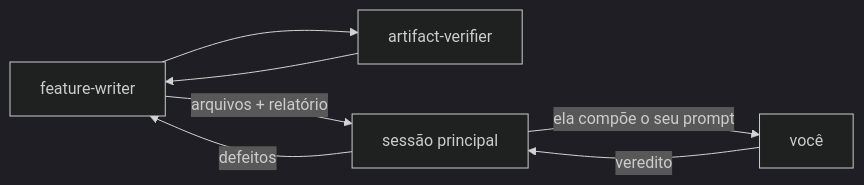
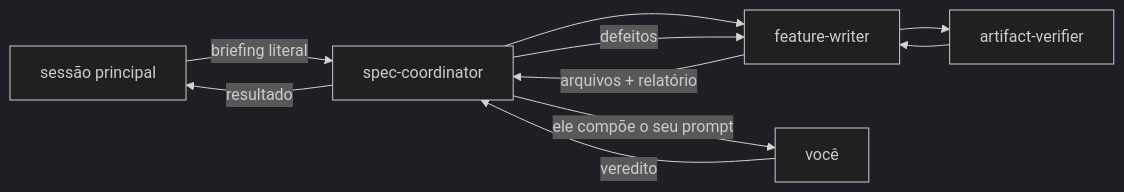
Before and after one commit to da0hn/distributed-systems-experiment-lab: the diagram in .claude/agents/feature-reviewer.md, drawn with Mermaid (dark theme). The commit also changed other lines of this file and 4 other files, not shown here.

````diff
--- a/.claude/agents/feature-reviewer.md
+++ b/.claude/agents/feature-reviewer.md
@@ -26,9 +32,12 @@
 ```mermaid
 flowchart LR
-    W["feature-writer"] --> V["artifact-verifier"]
+    S["sessão principal"] -->|" briefing literal "| C["spec-coordinator"]
+    C --> W["feature-writer"]
+    W --> V["artifact-verifier"]
     V --> W
-    W -->|" arquivos + relatório "| S["sessão principal"]
-    S -->|" ela compõe o seu prompt "| R["você"]
-    R -->|" veredito "| S
-    S -->|" defeitos "| W
+    W -->|" arquivos + relatório "| C
+    C -->|" ele compõe o seu prompt "| R["você"]
+    R -->|" veredito "| C
+    C -->|" defeitos "| W
+    C -->|" resultado "| S
 ```
````
